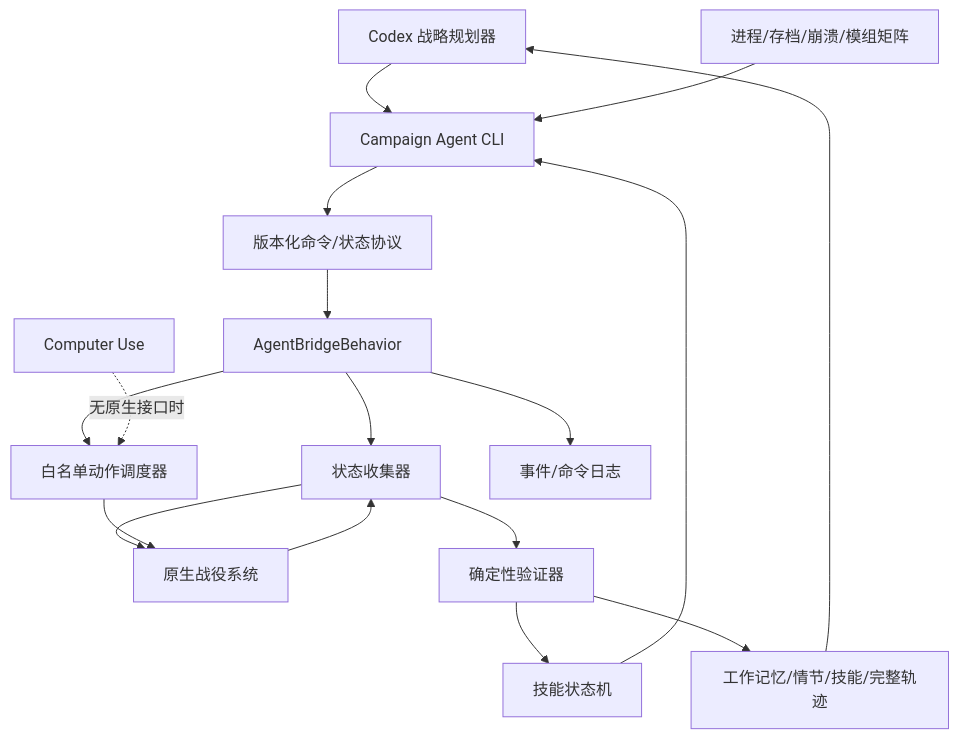
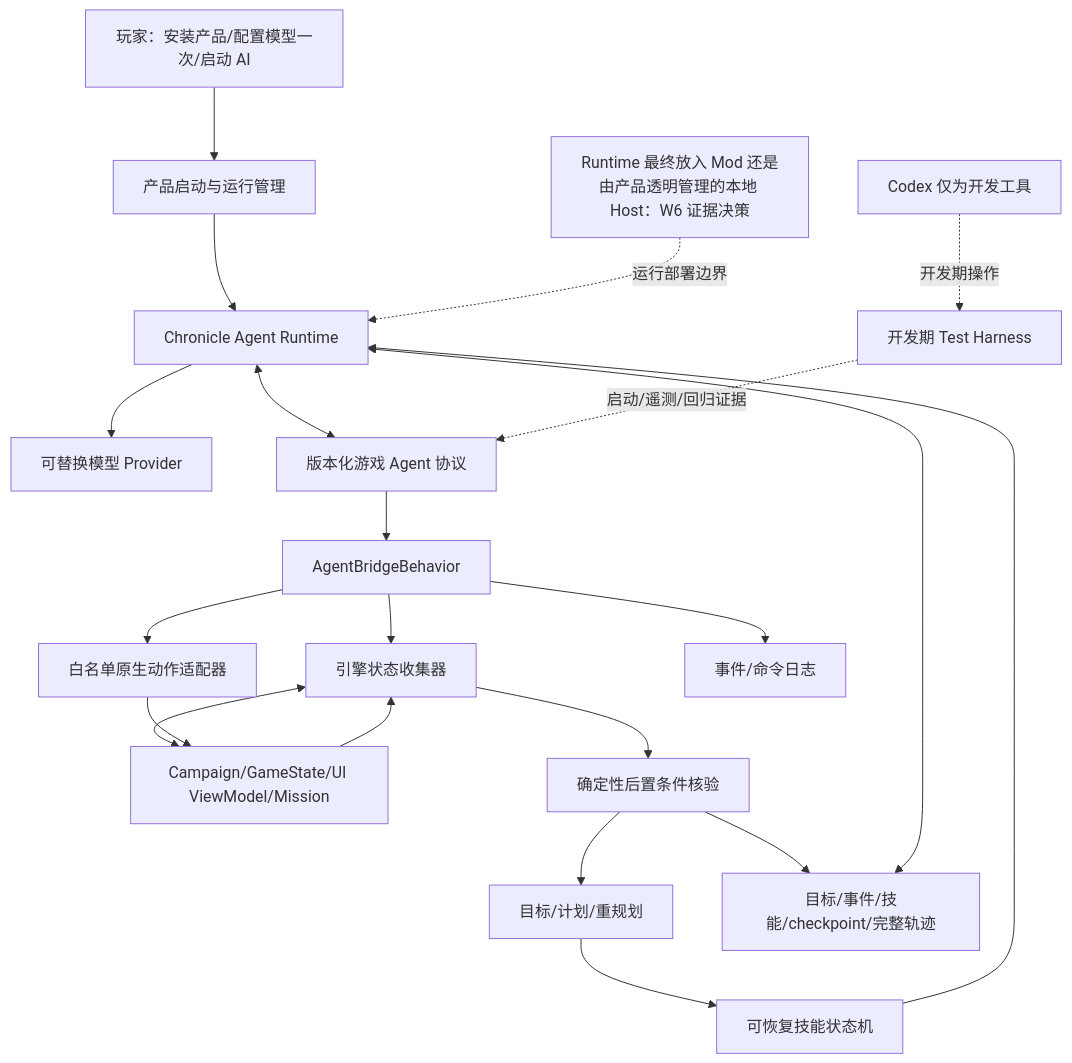
Before and after one commit to c3115644151/chronicle-framework-agent: the second of 3 diagrams in Dev/ChronicleFramework/Focus/MAINLINE.md, drawn with Mermaid. The commit also changed other lines of this file and 5 other files, not shown here.

First line of the commit message:
docs: align autonomous player roadmap with product scope

````diff
--- a/Dev/ChronicleFramework/Focus/MAINLINE.md
+++ b/Dev/ChronicleFramework/Focus/MAINLINE.md
@@ -150,19 +150,23 @@
 ```mermaid
 flowchart TD
-    Codex[Codex 战略规划器] --> CLI[Campaign Agent CLI]
-    CLI --> Protocol[版本化命令/状态协议]
+    Player[玩家：安装产品/配置模型一次/启动 AI] --> ProductShell[产品启动与运行管理]
+    ProductShell --> Runtime[Chronicle Agent Runtime]
+    Runtime --> Provider[可替换模型 Provider]
+    Runtime <--> Protocol[版本化游戏 Agent 协议]
     Protocol --> Bridge[AgentBridgeBehavior]
-    Bridge --> Collector[状态收集器]
-    Bridge --> Dispatcher[白名单动作调度器]
+    Bridge --> Collector[引擎状态收集器]
+    Bridge --> Dispatcher[白名单原生动作适配器]
     Bridge --> Journal[事件/命令日志]
-    Collector --> Campaign[原生战役系统]
-    Dispatcher --> Campaign
-    Campaign --> Collector
-    Collector --> Verifier[确定性验证器]
-    Verifier --> Skills[技能状态机]
-    Skills --> CLI
-    Verifier --> Memory[工作记忆/情节/技能/完整轨迹]
-    Memory --> Codex
-    Harness[进程/存档/崩溃/模组矩阵] --> CLI
-    UI[Computer Use] -.无原生接口时.-> Dispatcher
+    Collector <--> Engine[Campaign/GameState/UI ViewModel/Mission]
+    Dispatcher --> Engine
+    Engine --> Collector
+    Collector --> Verifier[确定性后置条件核验]
+    Verifier --> Planner[目标/计划/重规划]
+    Planner --> Skills[可恢复技能状态机]
+    Skills --> Runtime
+    Verifier --> Memory[目标/事件/技能/checkpoint/完整轨迹]
+    Memory <--> Runtime
+    DevHarness[开发期 Test Harness] -.启动/遥测/回归证据.-> Protocol
+    DevCodex[Codex 仅为开发工具] -.开发期操作.-> DevHarness
+    RuntimePlacement[Runtime 最终放入 Mod 还是由产品透明管理的本地 Host：W6 证据决策] -.运行部署边界.-> Runtime
 ```
````
